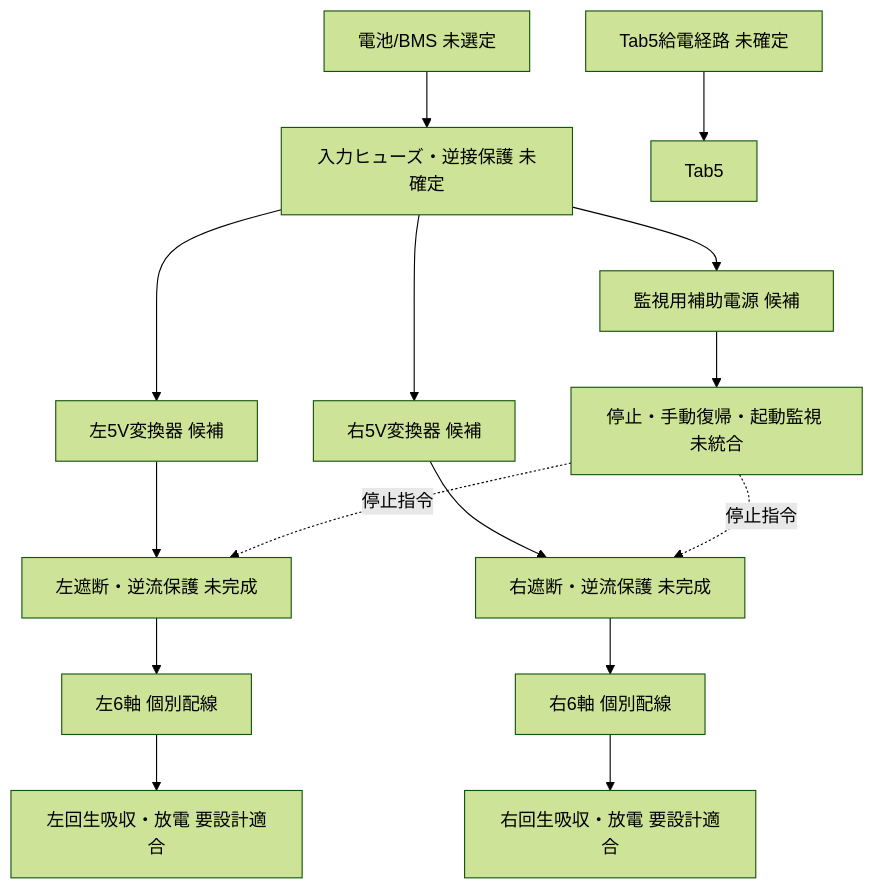
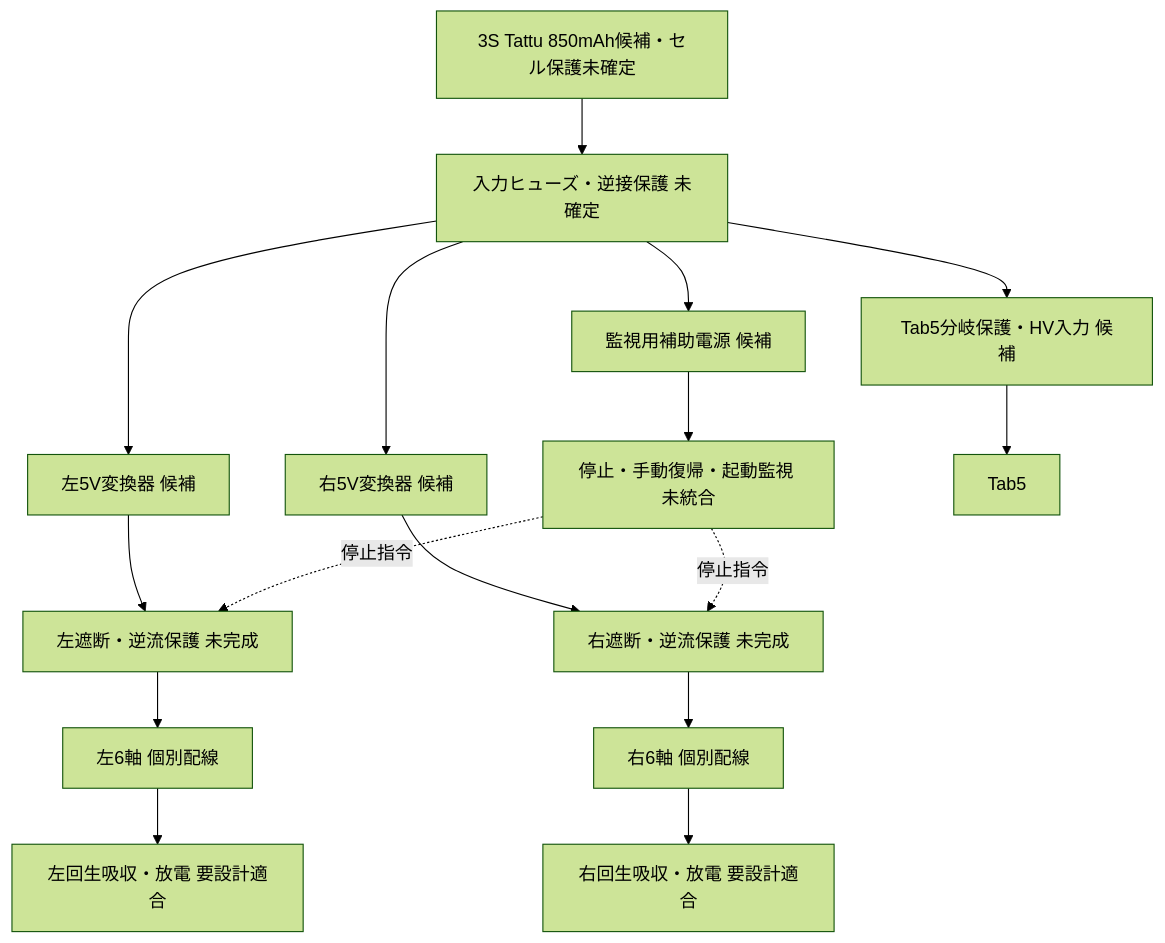
Before and after one commit to meganetaaan/stack-chan-mujoco: the diagram in docs/prototype/engineering/prototype_decision/SPLIT_POWER_ARCHITECTURE_ja.md, drawn with Mermaid (forest theme). The commit also changed other lines of this file, not shown here.

Commit message:
Align power architecture with 3S and Tab5 HV input candidates

````diff
--- a/docs/prototype/engineering/prototype_decision/SPLIT_POWER_ARCHITECTURE_ja.md
+++ b/docs/prototype/engineering/prototype_decision/SPLIT_POWER_ARCHITECTURE_ja.md
@@ -6,17 +6,18 @@
 ```mermaid
 flowchart TD
-    B[電池/BMS 未選定] --> P[入力ヒューズ・逆接保護 未確定]
+    B[3S Tattu 850mAh候補・セル保護未確定] --> P[入力ヒューズ・逆接保護 未確定]
     P --> L[左5V変換器 候補]
     P --> R[右5V変換器 候補]
     L --> CL[左遮断・逆流保護 未完成]
     R --> CR[右遮断・逆流保護 未完成]
     CL --> SL[左6軸 個別配線]
     CR --> SR[右6軸 個別配線]
     SL --> BL[左回生吸収・放電 要設計適合]
     SR --> BR[右回生吸収・放電 要設計適合]
     P --> A[監視用補助電源 候補]
     A --> M[停止・手動復帰・起動監視 未統合]
     M -.停止指令.-> CL
     M -.停止指令.-> CR
-    T[Tab5給電経路 未確定] --> F[Tab5]
+    P --> T[Tab5分岐保護・HV入力 候補]
+    T --> F[Tab5]
 ```
````
